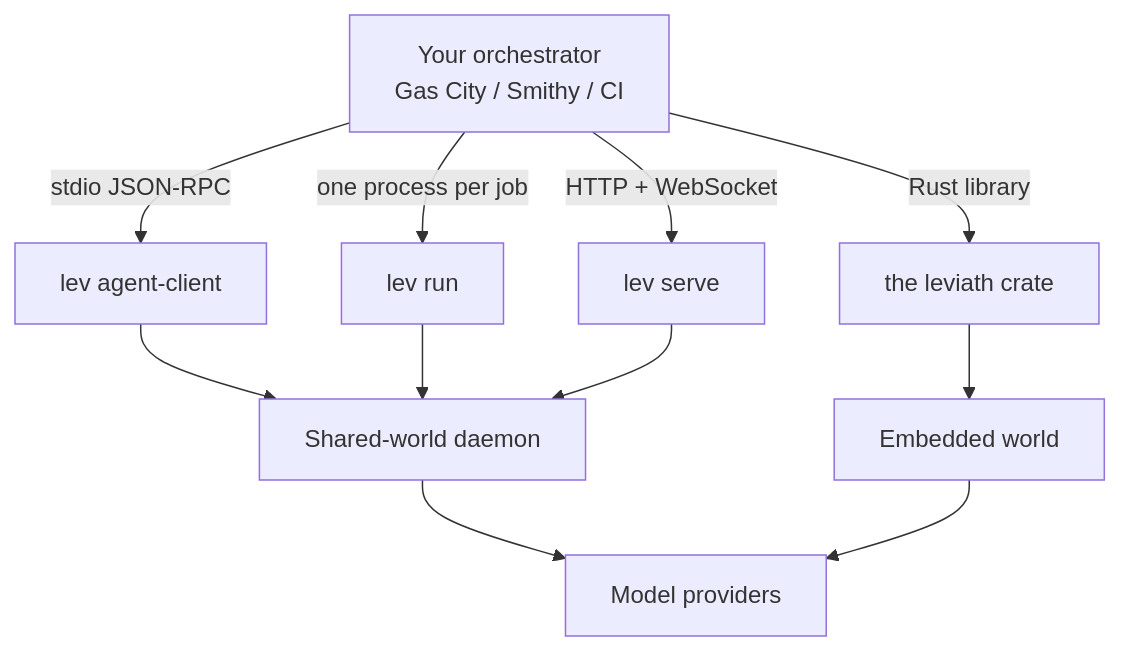
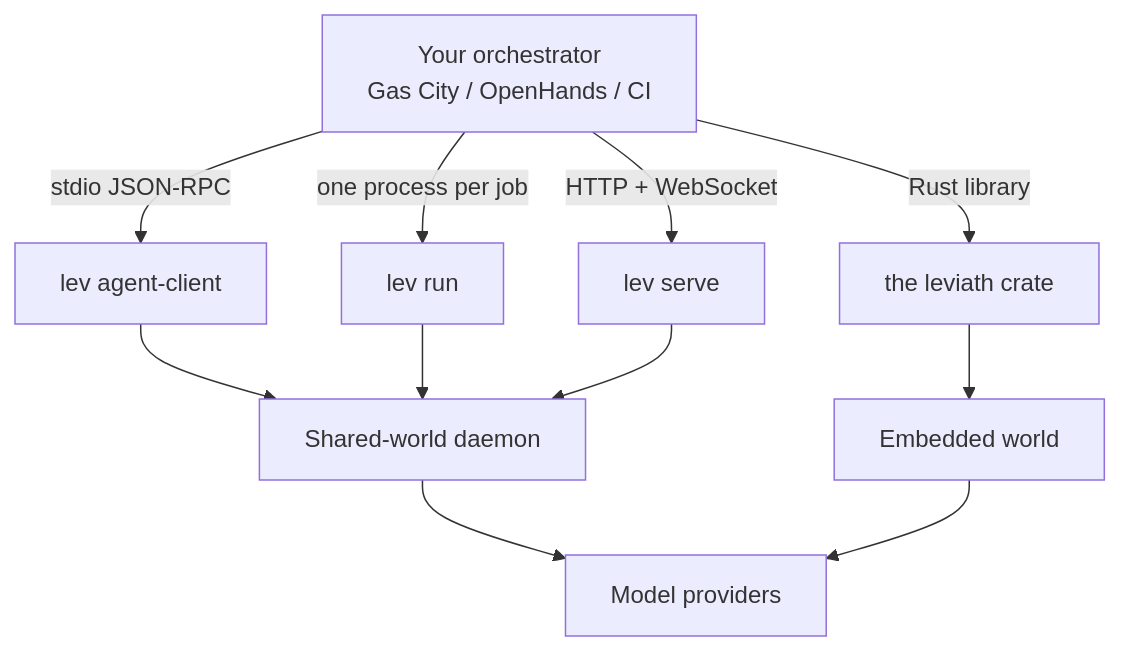
The diagram in docs/content/integrations.md (GEMISIS/leviath), drawn with Mermaid before and after one commit. The commit also changed other lines of this file and 3 other files, not shown here.

````diff
--- a/docs/content/integrations.md
+++ b/docs/content/integrations.md
@@ -24,14 +24,14 @@
 ```mermaid
 flowchart TD
-  ORCH["Your orchestrator<br/>Gas City / Smithy / CI"]
+  ORCH["Your orchestrator<br/>Gas City / OpenHands / CI"]
   ORCH -->|"stdio JSON-RPC"| ACP["lev agent-client"]
   ORCH -->|"one process per job"| RUN["lev run"]
   ORCH -->|"HTTP + WebSocket"| API["lev serve"]
   ORCH -->|"Rust library"| EMB["the leviath crate"]
   ACP --> D["Shared-world daemon"]
   RUN --> D
   API --> D
   EMB --> W["Embedded world"]
   D --> M["Model providers"]
   W --> M
 ```
````
